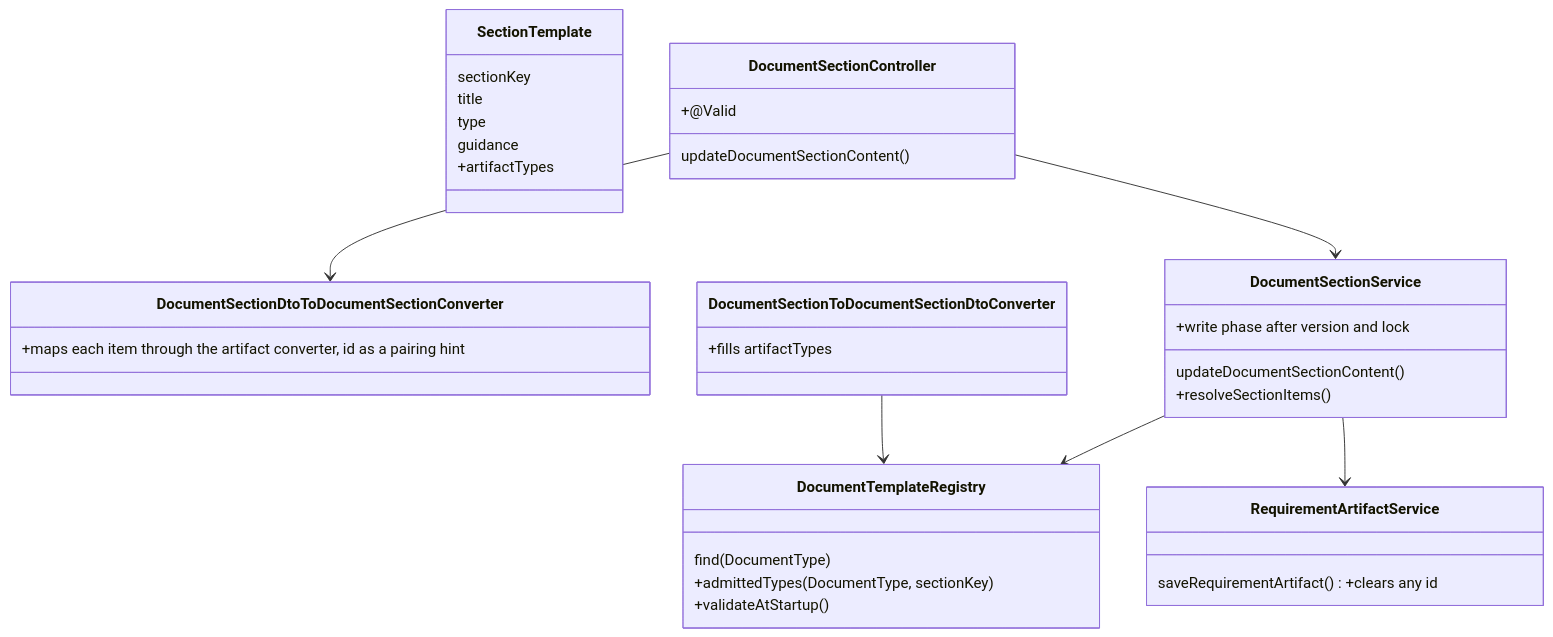
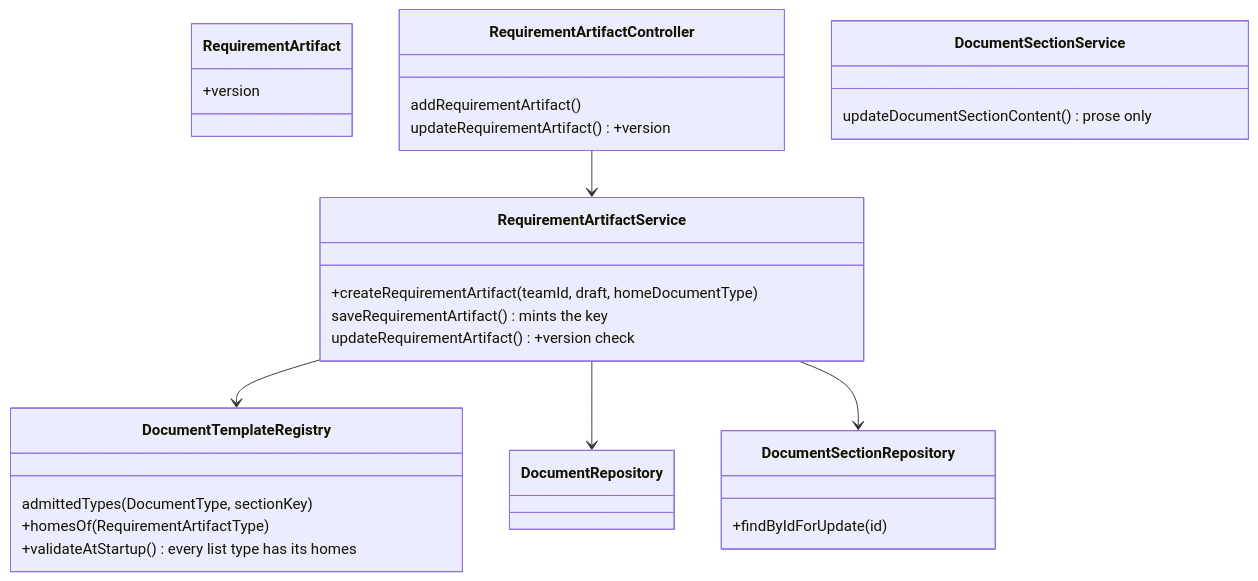
Before and after one commit to Washingtonwei/project-pulse: the first of 2 diagrams in docs/design/art.md, drawn with Mermaid. The commit also changed other lines of this file and 4 other files, not shown here.

First line of the commit message:
Design UC-ART-create-artifact on the model-centric model

````diff
--- a/docs/design/art.md
+++ b/docs/design/art.md
@@ -26,38 +26,30 @@
 ```mermaid
 classDiagram
-  class SectionTemplate {
-    sectionKey
-    title
-    type
-    guidance
-    +artifactTypes
+  class RequirementArtifact {
+    +version
   }
   class DocumentTemplateRegistry {
-    find(DocumentType)
-    +admittedTypes(DocumentType, sectionKey)
-    +validateAtStartup()
+    admittedTypes(DocumentType, sectionKey)
+    +homesOf(RequirementArtifactType)
+    +validateAtStartup() every list type has its homes
   }
-  class DocumentSectionController {
-    updateDocumentSectionContent()
-    +@Valid
+  class DocumentSectionRepository {
+    +findByIdForUpdate(id)
   }
-  class DocumentSectionDtoToDocumentSectionConverter {
-    +maps each item through the artifact converter, id as a pairing hint
+  class RequirementArtifactController {
+    addRequirementArtifact()
+    updateRequirementArtifact() +version
+  }
+  class RequirementArtifactService {
+    +createRequirementArtifact(teamId, draft, homeDocumentType)
+    saveRequirementArtifact() mints the key
+    updateRequirementArtifact() +version check
   }
   class DocumentSectionService {
-    updateDocumentSectionContent()
-    +resolveSectionItems()
-    +write phase after version and lock
+    updateDocumentSectionContent() prose only
   }
-  class DocumentSectionToDocumentSectionDtoConverter {
-    +fills artifactTypes
-  }
-  class RequirementArtifactService {
-    saveRequirementArtifact() +clears any id
-  }
-  DocumentSectionController --> DocumentSectionDtoToDocumentSectionConverter
-  DocumentSectionController --> DocumentSectionService
-  DocumentSectionService --> DocumentTemplateRegistry
-  DocumentSectionService --> RequirementArtifactService
-  DocumentSectionToDocumentSectionDtoConverter --> DocumentTemplateRegistry
+  RequirementArtifactController --> RequirementArtifactService
+  RequirementArtifactService --> DocumentTemplateRegistry
+  RequirementArtifactService --> DocumentRepository
+  RequirementArtifactService --> DocumentSectionRepository
 ```
````
